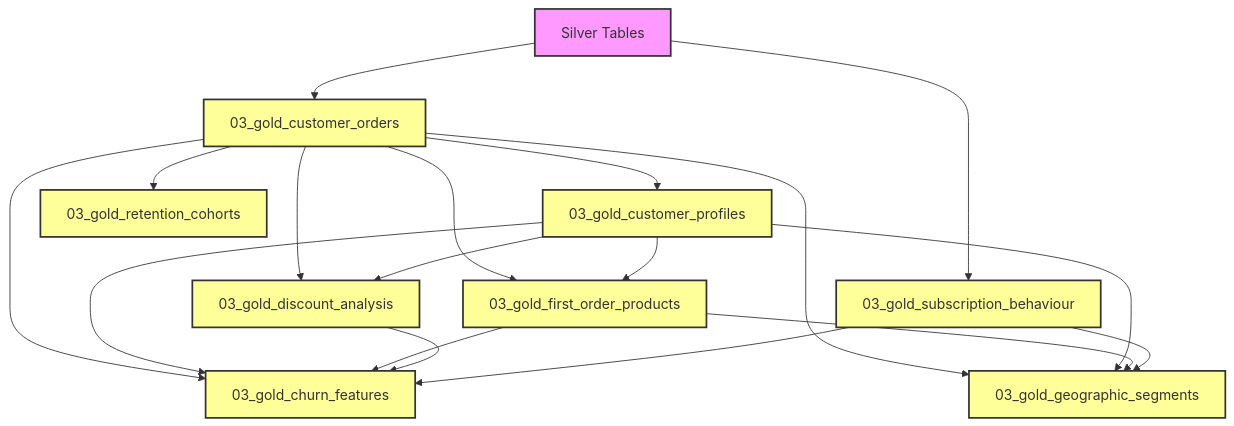
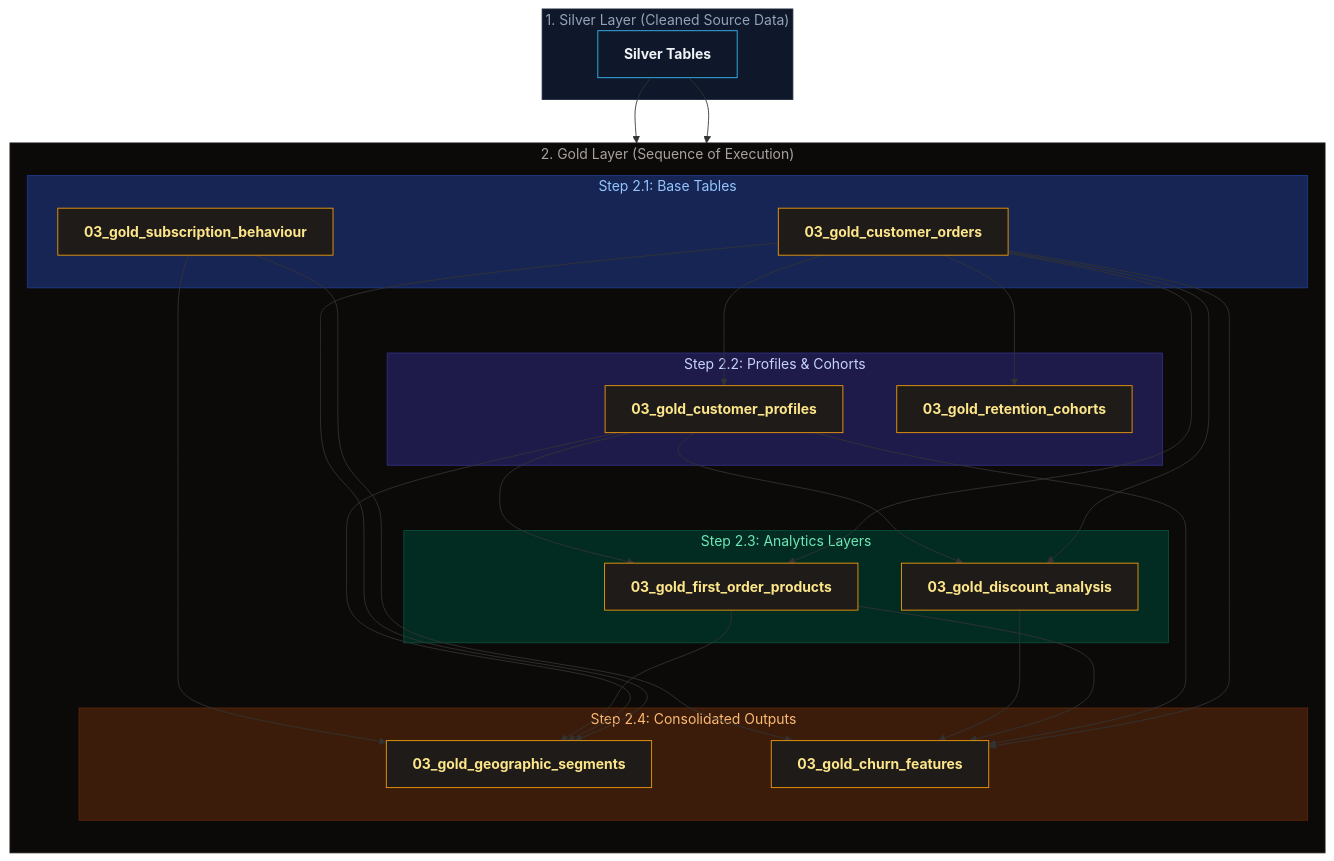
The diagram in README.md (alvdoan/Applied-Data-Group-Project), drawn with Mermaid before and after one commit. The commit also changed other lines of this file, not shown here.

Commit message:
style: improve readability and styling of Mermaid diagram in README

````diff
--- a/README.md
+++ b/README.md
@@ -32,47 +32,66 @@
 ```mermaid
-graph TD
-    classDef silver fill:#f9f,stroke:#333,stroke-width:2px;
-    classDef gold fill:#ff9,stroke:#333,stroke-width:2px;
+flowchart TD
+    %% Define Styles
+    classDef silver fill:#0F172A,stroke:#38BDF8,stroke-width:1px,color:#F1F5F9,font-weight:bold;
+    classDef gold fill:#1E1B18,stroke:#F59E0B,stroke-width:1px,color:#FDE68A,font-weight:bold;
 
-    %% Silver tables
-    S1[Silver Tables]:::silver
+    %% Source Layer
+    subgraph SilverLayer ["1. Silver Layer (Cleaned Source Data)"]
+        S1["Silver Tables"]:::silver
+    end
+    style SilverLayer fill:#0F172A,stroke:#1E293B,color:#94A3B8
 
-    %% Step 1: Base Gold Layer
-    G_Ord[03_gold_customer_orders]:::gold
-    G_Sub[03_gold_subscription_behaviour]:::gold
+    %% Gold Layers
+    subgraph GoldLayer ["2. Gold Layer (Sequence of Execution)"]
+        direction TB
 
+        subgraph Base["Step 2.1: Base Tables"]
+            G_Ord["03_gold_customer_orders"]:::gold
+            G_Sub["03_gold_subscription_behaviour"]:::gold
+        end
+        style Base fill:#172554,stroke:#1E3A8A,color:#93C5FD
+
+        subgraph Profiles["Step 2.2: Profiles & Cohorts"]
+            G_Prof["03_gold_customer_profiles"]:::gold
+            G_Ret["03_gold_retention_cohorts"]:::gold
+        end
+        style Profiles fill:#1E1B4B,stroke:#312E81,color:#C7D2FE
+
+        subgraph Analytics["Step 2.3: Analytics Layers"]
+            G_Disc["03_gold_discount_analysis"]:::gold
+            G_Prod["03_gold_first_order_products"]:::gold
+        end
+        style Analytics fill:#022C22,stroke:#064E3B,color:#6EE7B7
+
+        subgraph Consolidated["Step 2.4: Consolidated Outputs"]
+            G_Geo["03_gold_geographic_segments"]:::gold
+            G_Churn["03_gold_churn_features"]:::gold
+        end
+        style Consolidated fill:#3B1C0A,stroke:#5C250A,color:#FDBA74
+    end
+    style GoldLayer fill:#0C0A09,stroke:#1C1917,color:#A8A29E
+
+    %% Relationships
     S1 --> G_Ord
     S1 --> G_Sub
-
-    %% Step 2: Customer Profiles & Cohorts
-    G_Prof[03_gold_customer_profiles]:::gold
-    G_Ret[03_gold_retention_cohorts]:::gold
 
     G_Ord --> G_Prof
     G_Ord --> G_Ret
 
-    %% Step 3: Analytics Layers
-    G_Disc[03_gold_discount_analysis]:::gold
-    G_Prod[03_gold_first_order_products]:::gold
-
     G_Ord --> G_Disc
     G_Prof --> G_Disc
-    
+
     G_Ord --> G_Prod
     G_Prof --> G_Prod
-
-    %% Step 4: Consolidated Features & Segments
-    G_Geo[03_gold_geographic_segments]:::gold
-    G_Churn[03_gold_churn_features]:::gold
 
     G_Ord --> G_Geo
     G_Prof --> G_Geo
     G_Prod --> G_Geo
     G_Sub --> G_Geo
 
     G_Ord --> G_Churn
     G_Prof --> G_Churn
     G_Prod --> G_Churn
     G_Disc --> G_Churn
     G_Sub --> G_Churn
 ```
````
